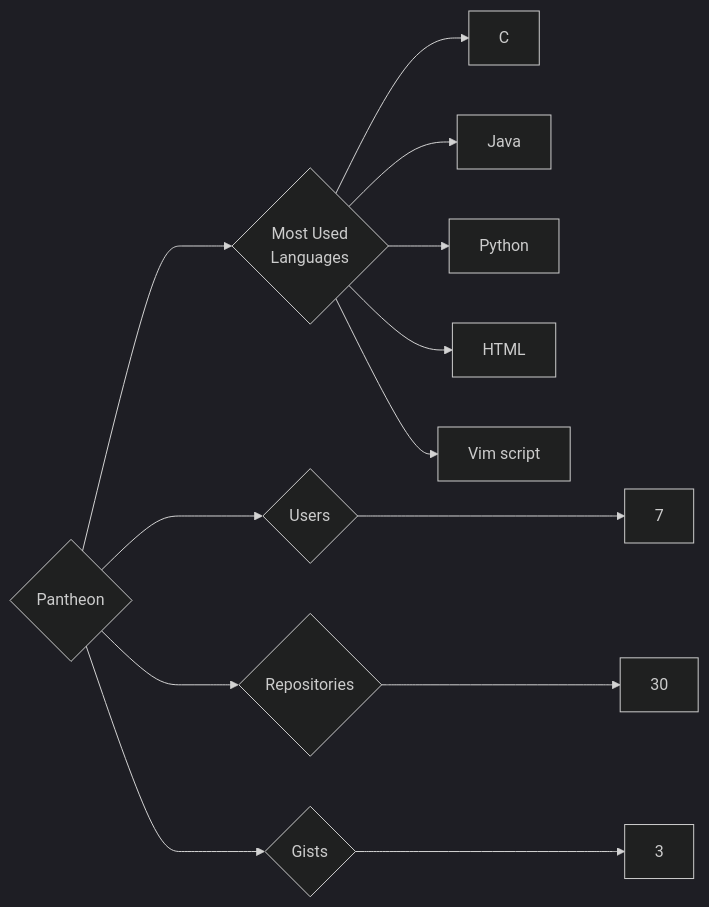
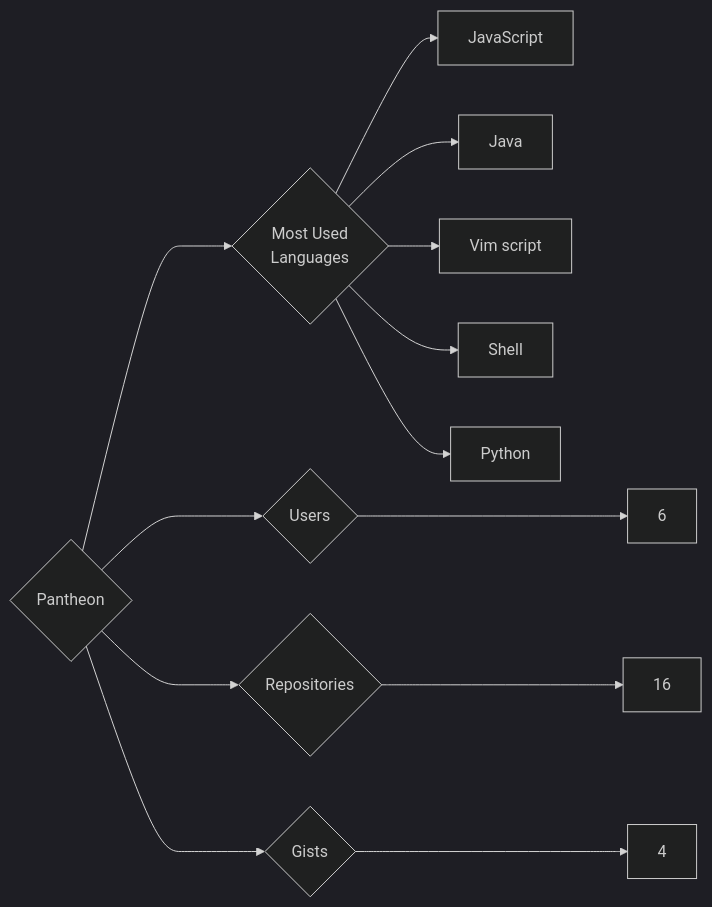
Before and after one commit to trickest/insiders: the diagram in targets/Pantheon/README.md, drawn with Mermaid (dark theme). The commit also changed 969 other files, not shown here.

````diff
--- a/targets/Pantheon/README.md
+++ b/targets/Pantheon/README.md
@@ -3,13 +3,13 @@
 ```mermaid
 graph LR
 COMPANY_NAME{Pantheon}
-COMPANY_NAME ---> U{Users} ---> UN[7]
-COMPANY_NAME ---> R{Repositories} ---> RN[30]
-COMPANY_NAME ---> G{Gists} ---> GN[3]
+COMPANY_NAME ---> U{Users} ---> UN[6]
+COMPANY_NAME ---> R{Repositories} ---> RN[16]
+COMPANY_NAME ---> G{Gists} ---> GN[4]
 COMPANY_NAME ---> ML{Most Used<br>Languages}
-ML --> C[C]
+ML --> JavaScript[JavaScript]
 ML --> Java[Java]
+ML --> Vim_script[Vim script]
+ML --> Shell[Shell]
 ML --> Python[Python]
-ML --> HTML[HTML]
-ML --> Vim_script[Vim script]
 ```
````
